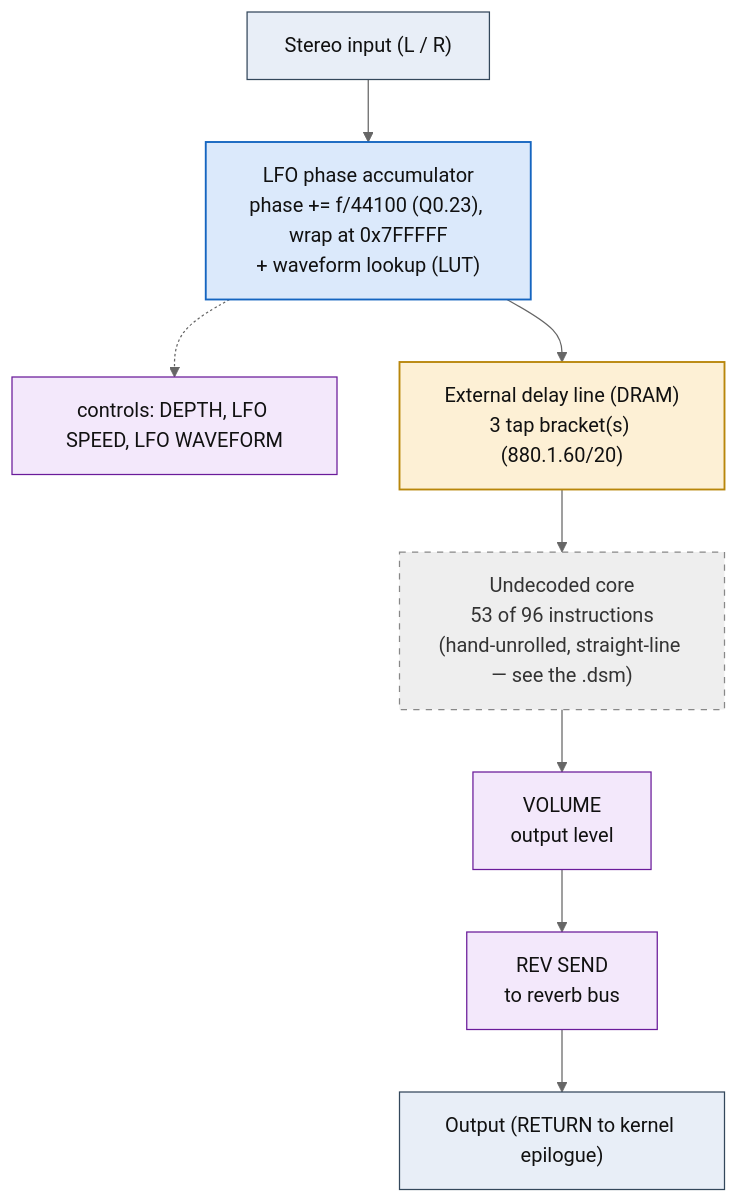
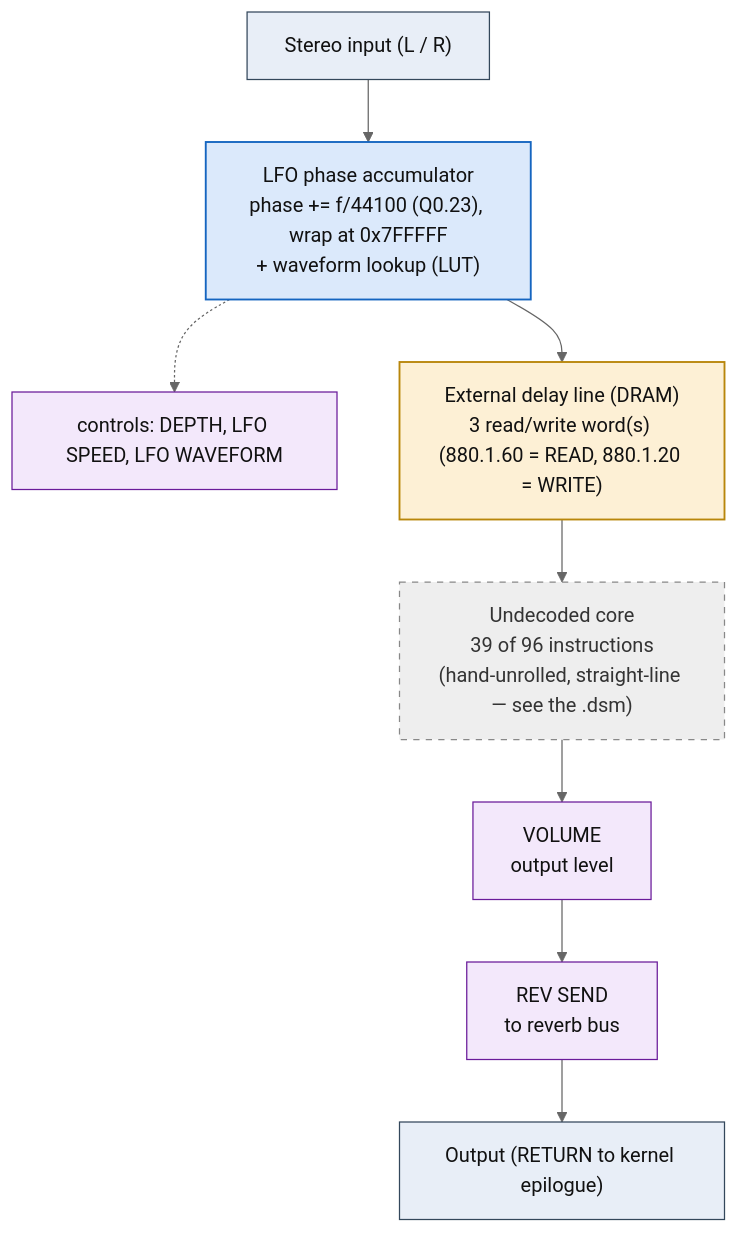
Before and after one commit to ArqueologiaDigital/KN5000-docs: the diagram in flowcharts/prog06_ensemble.md, drawn with Mermaid (neutral theme). The commit also changed other lines of this file and 38 other files, not shown here.

First line of the commit message:
flowcharts: withdraw the envelope-detector reading, decode the DRAM accesses

````diff
--- a/flowcharts/prog06_ensemble.md
+++ b/flowcharts/prog06_ensemble.md
@@ -19,30 +19,30 @@
 ```mermaid
 flowchart TD
     N0["Stereo input (L / R)"]
     N1["LFO phase accumulator<br/>phase += f/44100 (Q0.23), wrap at 0x7FFFFF<br/>+ waveform lookup (LUT)"]
     N0 --> N1
     N2["controls: DEPTH, LFO SPEED, LFO WAVEFORM"]
     N1 -.-> N2
-    N3["External delay line (DRAM)<br/>3 tap bracket(s) (880.1.60/20)"]
+    N3["External delay line (DRAM)<br/>3 read/write word(s) (880.1.60 = READ, 880.1.20 = WRITE)"]
     N1 --> N3
-    N4["Undecoded core<br/>53 of 96 instructions<br/>(hand-unrolled, straight-line &mdash; see the .dsm)"]
+    N4["Undecoded core<br/>39 of 96 instructions<br/>(hand-unrolled, straight-line &mdash; see the .dsm)"]
     N3 --> N4
     N5["VOLUME<br/>output level"]
     N4 --> N5
     N6["REV SEND<br/>to reverb bus"]
     N5 --> N6
     N7["Output (RETURN to kernel epilogue)"]
     N6 --> N7
 
     classDef io fill:#e8eef7,stroke:#33475b,stroke-width:1px,color:#111;
     classDef proven fill:#d7f0d7,stroke:#2e7d32,stroke-width:2px,color:#111;
     classDef measured fill:#dbe9fb,stroke:#1565c0,stroke-width:1.5px,color:#111;
     classDef inferred fill:#fdf0d5,stroke:#b8860b,stroke-width:1.5px,color:#111;
     classDef open fill:#eeeeee,stroke:#888,stroke-width:1px,color:#333,stroke-dasharray:5 5;
     classDef ctrl fill:#f3e8fb,stroke:#6a1b9a,stroke-width:1px,color:#111;
     class N0,N7 io;
     class N1 measured;
     class N2,N5,N6 ctrl;
     class N3 inferred;
     class N4 open;
 ```
````
